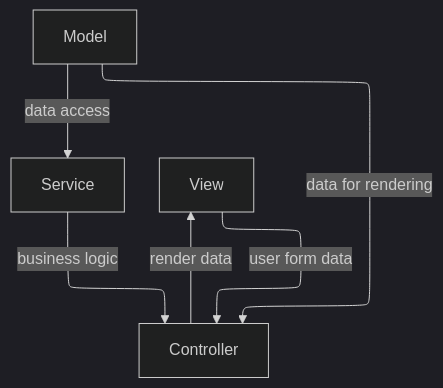
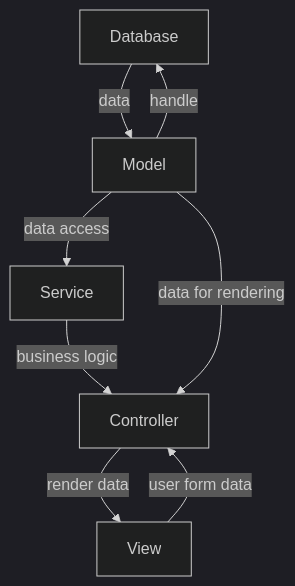
The second of 2 diagrams in README.md (TheoDrHashiriya/daily-time-record), drawn with Mermaid (dark theme) before and after one commit.

Commit message:
edit MVCS flow diagram

````diff
--- a/README.md
+++ b/README.md
@@ -71,12 +71,14 @@
 ```mermaid
 ---
 config:
-  layout: elk
+  layout: dagre
 ---
 flowchart TB
+    db["Database"] -- data --> mod["Model"]
     serv["Service"] -- business logic --> con["Controller"]
-    mod["Model"] -- data access --> serv
+    mod -- data access --> serv
     mod -- data for rendering --> con
     view["View"] -- user form data --> con
     con -- render data --> view
+    mod -- handle --> db
 ```
````
